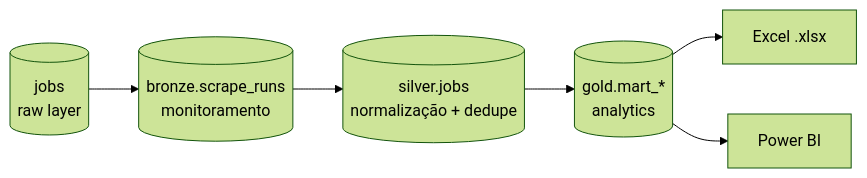
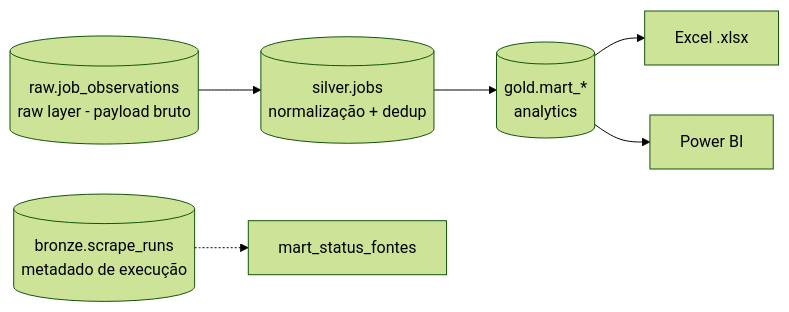
The third of 3 diagrams in README.md (Willian-Cruz/hub_vagas), drawn with Mermaid (forest theme) before and after one commit. The commit also changed other lines of this file and 39 other files, not shown here.

````diff
--- a/README.md
+++ b/README.md
@@ -102,8 +103,10 @@
 ```mermaid
 flowchart LR
-    Raw[(jobs<br/>raw layer)] --> Bronze[(bronze.scrape_runs<br/>monitoramento)]
-    Bronze --> Silver[(silver.jobs<br/>normalização + dedupe)]
+    Raw[(raw.job_observations<br/>raw layer - payload bruto)]
+    --> Silver[(silver.jobs<br/>normalização + dedup)]
     Silver --> Gold[(gold.mart_*<br/>analytics)]
     Gold --> Excel[Excel .xlsx]
     Gold --> BI[Power BI]
+    Bronze[(bronze.scrape_runs<br/>metadado de execução)]
+    -.-> I[mart_status_fontes]
 ```
````
